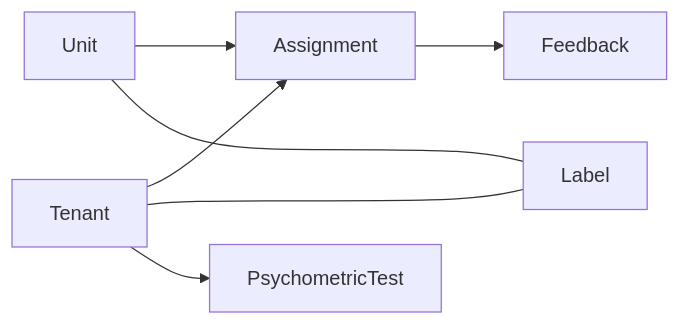
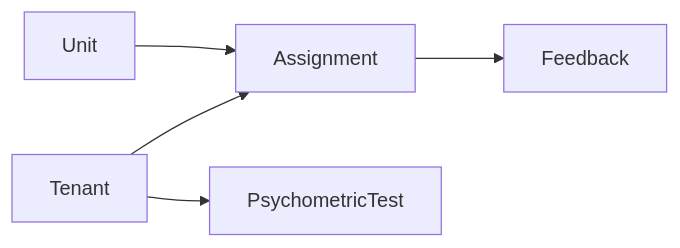
One commit to coly-technologies/coly-technologies.github.io changed the first of 3 diagrams in coly-api.md. Above: the diagram before and after it, drawn with Mermaid. The commit also changed other lines of this file and 1 other file, not shown here.

````diff
--- a/coly-api.md
+++ b/coly-api.md
@@ -76,6 +76,5 @@
 ```mermaid
 graph LR;
   Unit & Tenant --> Assignment --> Feedback
-  Unit & Tenant <--- Label
   Tenant --> PsychometricTest
 ```
````
